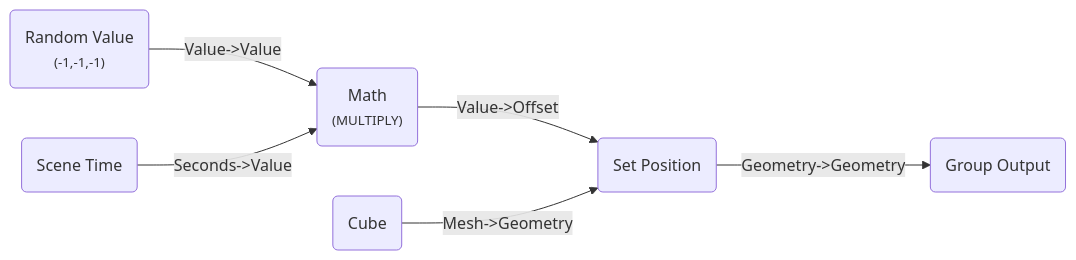
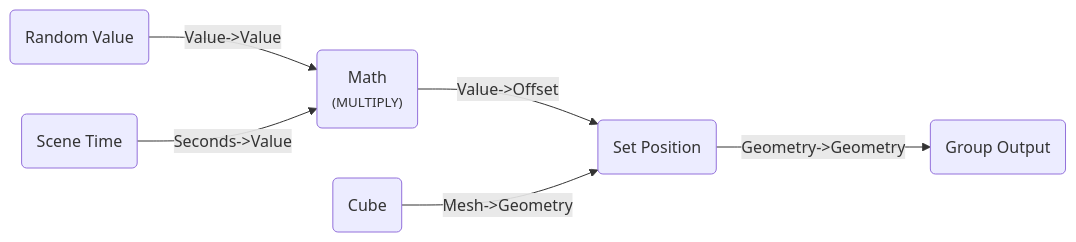
One commit to BradyAJohnston/nodebpy changed the second of 7 diagrams in node-api.llms.md. Above: the diagram before and after it, drawn with Mermaid. The commit also changed other lines of this file and 71 other files, not shown here.

````diff
--- a/node-api.llms.md
+++ b/node-api.llms.md
@@ -70,14 +70,14 @@
 ``` mermaid
 graph LR
-    N0("Random Value<br/><small>(-1,-1,-1)</small>"):::converter-node
+    N0("Random Value"):::converter-node
     N1("Scene Time"):::input-node
     N2("Cube"):::geometry-node
     N3("Math<br/><small>(MULTIPLY)</small>"):::converter-node
     N4("Set Position"):::geometry-node
     N5("Group Output"):::default-node
     N0 -->|"Value->Value"| N3
     N1 -->|"Seconds->Value"| N3
     N3 -->|"Value->Offset"| N4
     N2 -->|"Mesh->Geometry"| N4
     N4 -->|"Geometry->Geometry"| N5
 ```
````
